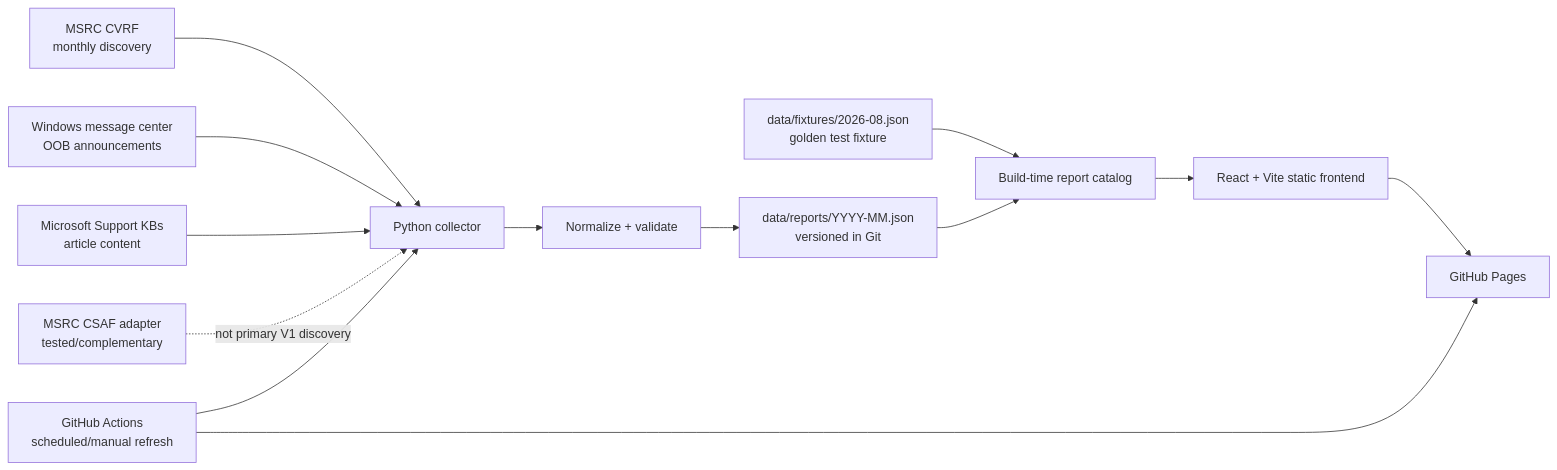
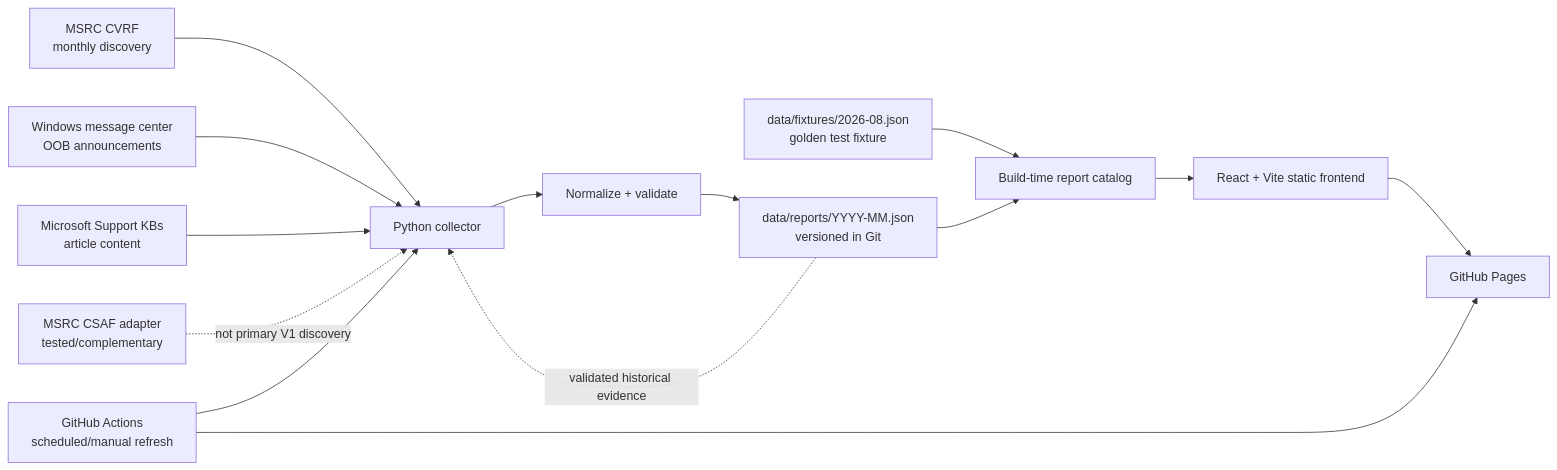
The diagram in PROJECT.md (f4cus/windows-patch-dashboard), drawn with Mermaid before and after one commit. The commit also changed other lines of this file and 35 other files, not shown here.

````diff
--- a/PROJECT.md
+++ b/PROJECT.md
@@ -21,15 +21,16 @@
 ```mermaid
 flowchart LR
     CVRF[MSRC CVRF\nmonthly discovery] --> COL[Python collector]
     HEALTH[Windows message center\nOOB announcements] --> COL
     SUP[Microsoft Support KBs\narticle content] --> COL
     CSAF[MSRC CSAF adapter\ntested/complementary] -. not primary V1 discovery .-> COL
     COL --> NORM[Normalize + validate]
     NORM --> REPORTS[data/reports/YYYY-MM.json\nversioned in Git]
     FIXTURE[data/fixtures/2026-08.json\ngolden test fixture] --> CAT[Build-time report catalog]
     REPORTS --> CAT
+    REPORTS -. validated historical evidence .-> COL
     CAT --> UI[React + Vite static frontend]
     UI --> PAGES[GitHub Pages]
     ACTIONS[GitHub Actions\nscheduled/manual refresh] --> COL
     ACTIONS --> PAGES
 ```
````
